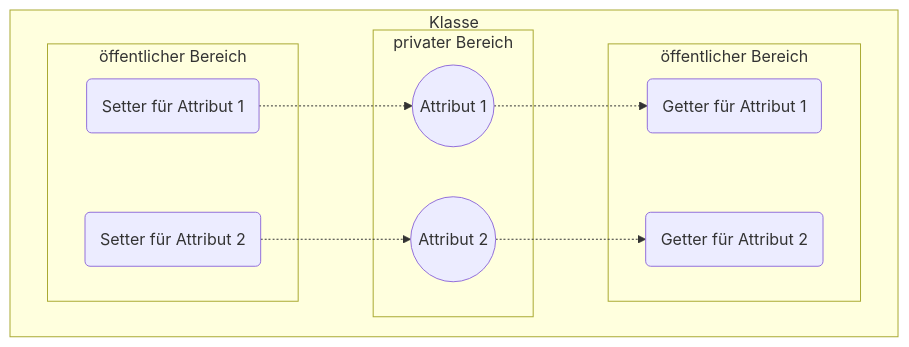
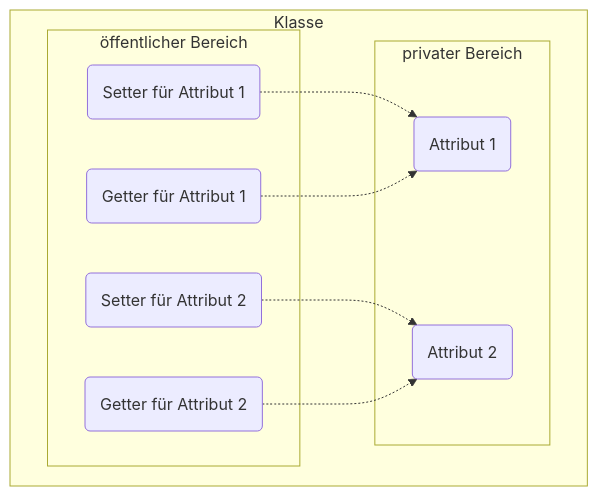
One commit to jappuccini/java-docs changed the first of 2 diagrams in docs/documentation/oo.md. Above: the diagram before and after it, drawn with Mermaid. The commit also changed other lines of this file and 26 other files, not shown here.

Commit message:
Update Mermaid Format

````diff
--- a/docs/documentation/oo.md
+++ b/docs/documentation/oo.md
@@ -28,18 +28,16 @@
 ```mermaid
 flowchart LR
-    subgraph Klasse
-        direction LR
-        subgraph privater Bereich
-            attribut1((Attribut 1))
-            attribut2((Attribut 2))
-        end
-        subgraph öffentlicher Bereich
-            setter1(Setter für Attribut 1) -.-> attribut1
-            setter2(Setter für Attribut 2) -.-> attribut2
-        end
-        subgraph öffentlicher Bereich
-            attribut1 -.-> getter1(Getter für Attribut 1)
-            attribut2 -.-> getter2(Getter für Attribut 2)
-        end
-    end
+   subgraph Klasse
+      direction LR
+      subgraph privater Bereich
+         attribut1(Attribut 1)
+         attribut2(Attribut 2)
+      end
+      subgraph öffentlicher Bereich
+         setter1(Setter für Attribut 1) -.-> attribut1
+         setter2(Setter für Attribut 2) -.-> attribut2
+         getter1(Getter für Attribut 1) -.-> attribut1
+         getter2(Getter für Attribut 2) -.-> attribut2
+      end
+   end
 ```
````
